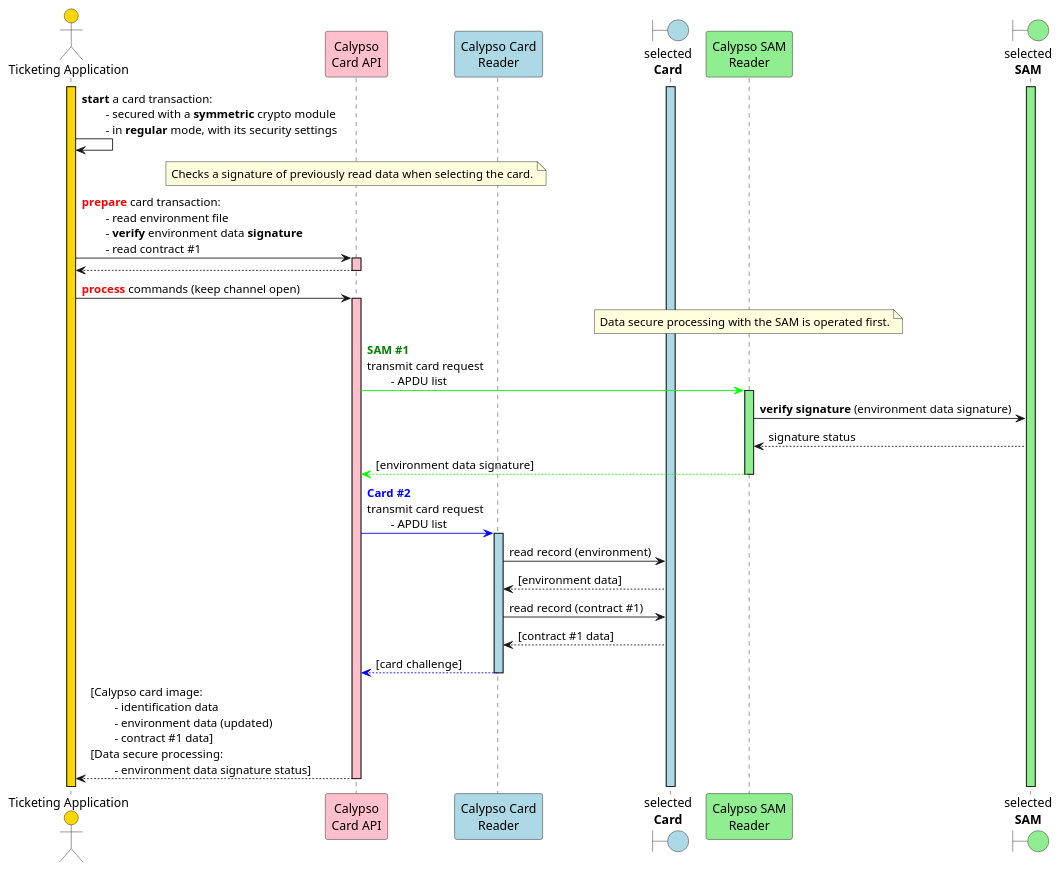
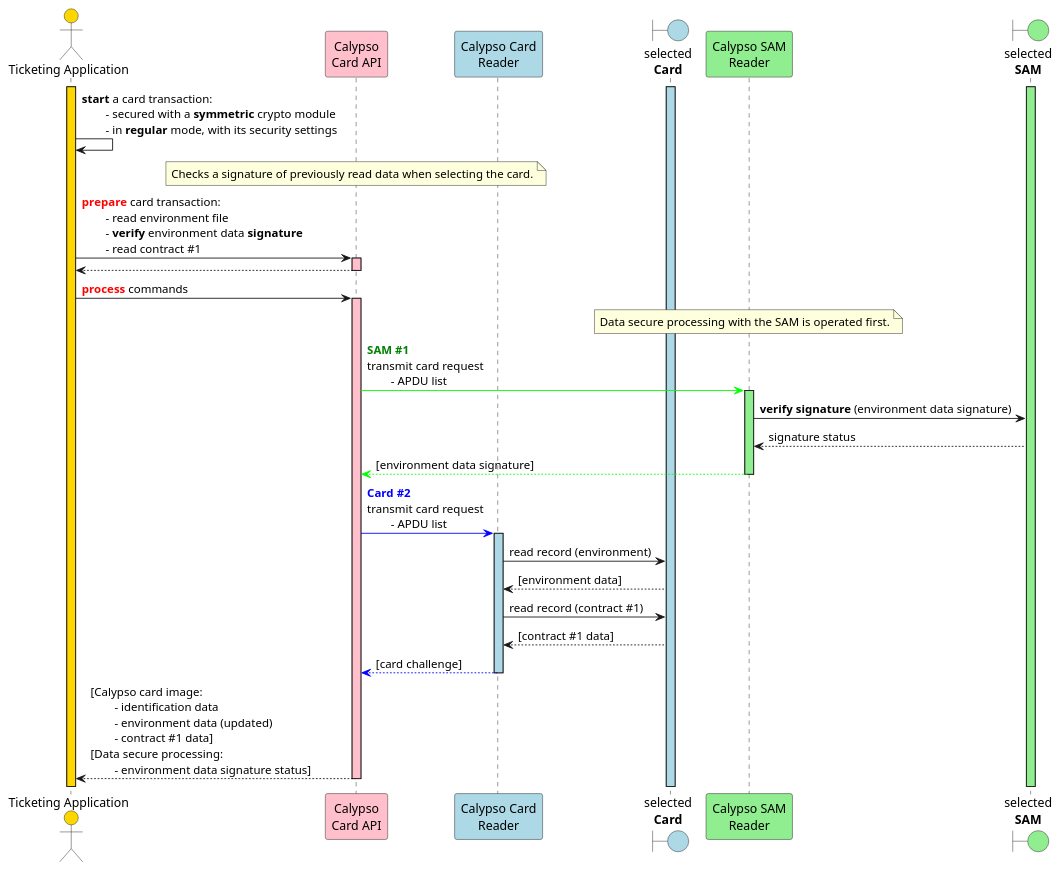
The diagram in static/media/specifications/calypso_transaction_DSP_outside_session_sequence_diagram.puml (calypsonet/calypsonet-terminal-api-website), drawn with PlantUML before and after one commit. The commit also changed 19 other files, not shown here.

Commit message:
fix: remove redundant text from sequence diagrams for clarity

```diff
--- a/static/media/specifications/calypso_transaction_DSP_outside_session_sequence_diagram.puml
+++ b/static/media/specifications/calypso_transaction_DSP_outside_session_sequence_diagram.puml
@@ -1,96 +1,96 @@
 @startuml
 
 'skinparam ClassBorderColor #F1C40F
 skinparam ClassBorderColor #D4AC0D
 skinparam stereotypeABorderColor #A9DCDF
 skinparam stereotypeIBorderColor #B4A7E5
 skinparam stereotypeCBorderColor #ADD1B2
 skinparam stereotypeEBorderColor #EB93DF
 skinparam shadowing false
 
 skinparam StateBorderColor #D4AC0D
 skinparam ActivityBorderColor #D4AC0D
 
 ' Red
 skinparam ClassBackgroundColor<<red>> #FDEDEC
 skinparam ClassBorderColor<<red>> #E74C3C
 hide <<red>> stereotype
 ' Purple
 skinparam ClassBackgroundColor<<purple>> #F4ECF7
 skinparam ClassBorderColor<<purple>> #8E44AD
 hide <<purple>> stereotype
 ' blue
 skinparam ClassBackgroundColor<<blue>> #EBF5FB
 skinparam ClassBorderColor<<blue>> #3498DB
 hide <<blue>> stereotype
 ' Green
 skinparam ClassBackgroundColor<<green>> #EAFAF1
 skinparam ClassBorderColor<<green>> #2ECC71
 hide <<green>> stereotype
 
 ' Orange
 skinparam ClassBackgroundColor<<orange>> #FDF2E9
 skinparam ClassBorderColor<<orange>> #E67E22
 hide <<orange>> stereotype
 
 ' Grey
 skinparam ClassBackgroundColor<<grey>> #EAECEE
 skinparam ClassBorderColor<<grey>> #2C3E50
 hide <<grey>> stereotype
 
 actor "Ticketing Application" as app #gold
 participant "Calypso\nCard API" as capi #pink
 participant "Calypso Card\nReader" as cardReader #lightBlue
 boundary "selected\n**Card**" as card #lightBlue
 participant "Calypso SAM\nReader" as samReader #lightGreen
 boundary "selected\n**SAM**" as sam #lightGreen
 
 activate app #gold
 activate card #lightBlue
 activate sam #lightGreen
 
 app->app: **start** a card transaction:\n\t- secured with a **symmetric** crypto module\n\t- in **regular** mode, with its security settings
 
 note over capi
     Checks a signature of previously read data when selecting the card.
 end note
 
 app->capi: <font color=red>**prepare**</font> card transaction:\n\t- read environment file\n\t- **verify** environment data **signature**\n\t- read contract #1
 activate capi  #pink
 capi-->app
 deactivate capi
 
-app->capi: <font color=red>**process**</font> commands (keep channel open)
+app->capi: <font color=red>**process**</font> commands
 activate capi  #pink
 
 note over samReader
     Data secure processing with the SAM is operated first.
 end note
 
 capi-[#00FF00]>samReader: <font color=green>**SAM #1**<font color=red>\ntransmit card request\n\t- APDU list
 activate samReader #lightGreen
 samReader->sam: **verify signature** (environment data signature)
 sam-->samReader: signature status
 
 samReader-[#00FF00]->capi: [environment data signature]
 deactivate samReader
 
 capi-[#0000FF]>cardReader: <font color=blue>**Card #2**</font>\ntransmit card request\n\t- APDU list
 activate cardReader #lightBlue
 
 'group Card APDU commands inside session
     cardReader->card: read record (environment)
     card-->cardReader: [environment data]
     cardReader->card: read record (contract #1)
     card-->cardReader: [contract #1 data]
 'end
 
 cardReader--[#0000FF]>capi: [card challenge]
 deactivate cardReader
 
 capi-->app: [Calypso card image:\n\t- identification data\n\t- environment data (updated)\n\t- contract #1 data]\n[Data secure processing:\n\t- environment data signature status]
 deactivate capi
 
 deactivate samReader
 deactivate capi
 @enduml
```
